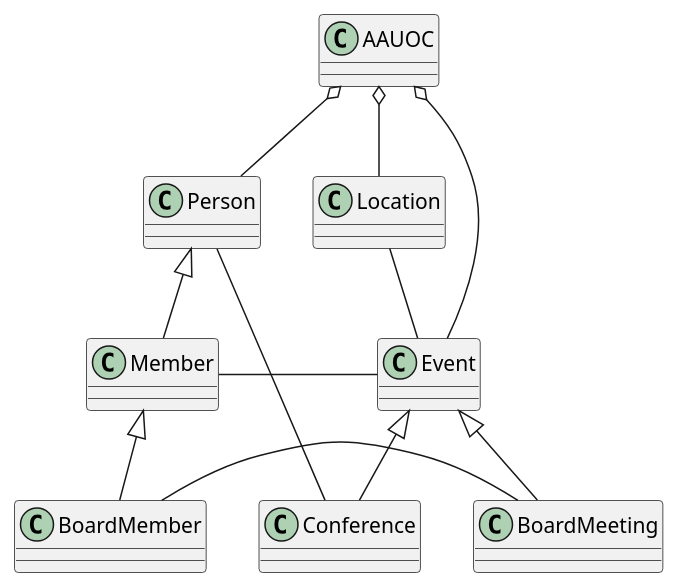
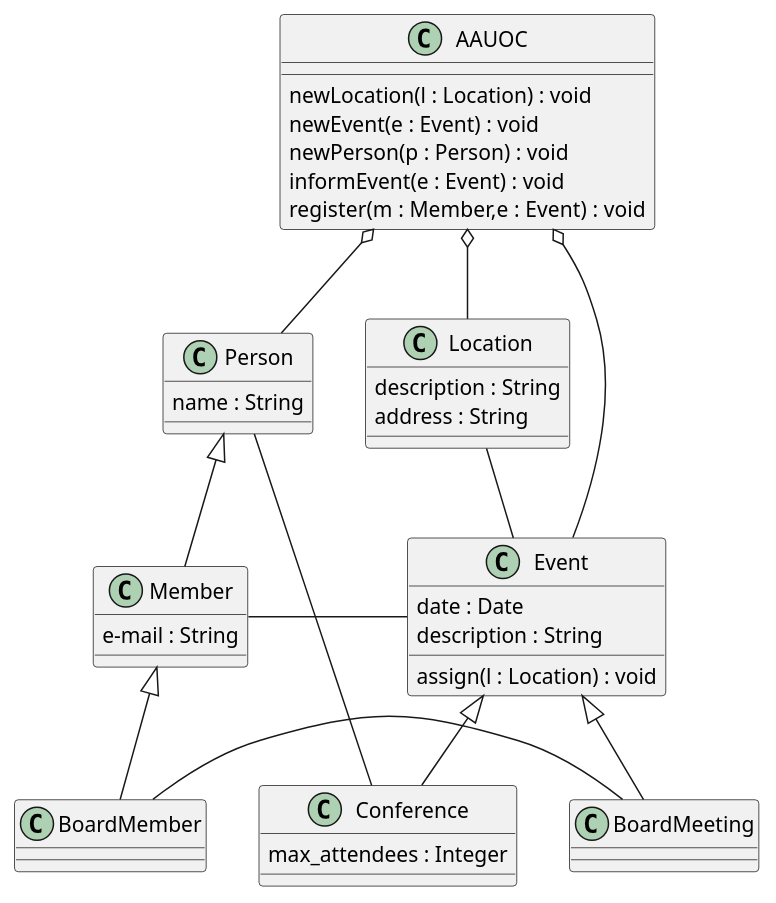
Before and after one commit to intVand/UMLClasesIvan: the diagram in src/UMLClasesIvan.puml, drawn with PlantUML.

```diff
--- a/src/UMLClasesIvan.puml
+++ b/src/UMLClasesIvan.puml
@@ -1,57 +1,64 @@
 @startuml
 
 class AAUOC {
-
+    newLocation(l : Location) : void
+    newEvent(e : Event) : void
+    newPerson(p : Person) : void
+    informEvent(e : Event) : void
+    register(m : Member,e : Event) : void
 }
 
 class Location {
-
+    description : String
+    address : String
 }
 
 class Event {
-
+    date : Date
+    description : String
+    assign(l : Location) : void
 }
 
 class Conference {
-
+    max_attendees : Integer
 }
 
 class BoardMeeting {
 
 }
 
 class Person {
-
+    name : String
 }
 
 class Member {
-
+    e-mail : String
 }
 
 class BoardMember {
 
 }
 
 AAUOC o-- Location
 
 AAUOC o-- Event
 
 AAUOC o-- Person
 
 Location - Event
 
 Person -- Conference
 
 Event <|-- Conference
 
 Event <|-- BoardMeeting
 
 Person <|-down- Member
 
 Member <|-down- BoardMember
 
 Member - Event
 
 BoardMember - BoardMeeting
 
 @enduml
```
